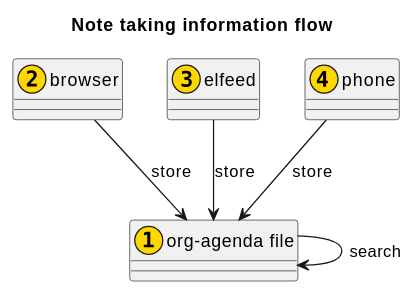
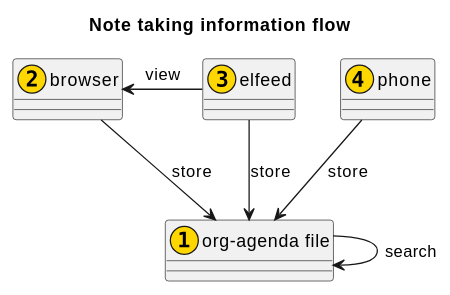
Before and after one commit to heikkil/heikkil.github.io: the diagram in blog/012-org-dropbox.org, drawn with PlantUML. The commit also changed 1 other file, not shown here.

Commit message:
012: uml view arrow

```diff
--- a/blog/012-org-dropbox.org
+++ b/blog/012-org-dropbox.org
@@ -97,12 +97,13 @@
 #+BEGIN_SRC plantuml :file workflow.png
 title: Note taking information flow
 class "org-agenda file" <<(1,gold)>>
 class "browser" <<(2,gold)>>
 class "elfeed" <<(3,gold)>>
 class "phone" <<(4,gold)>>
 
 browser --> "org-agenda file" : store
 elfeed  --> "org-agenda file" : store
+elfeed -left-> browser : view
 phone   --> "org-agenda file" : store
 "org-agenda file" --> "org-agenda file" : search
 #+END_SRC
```
